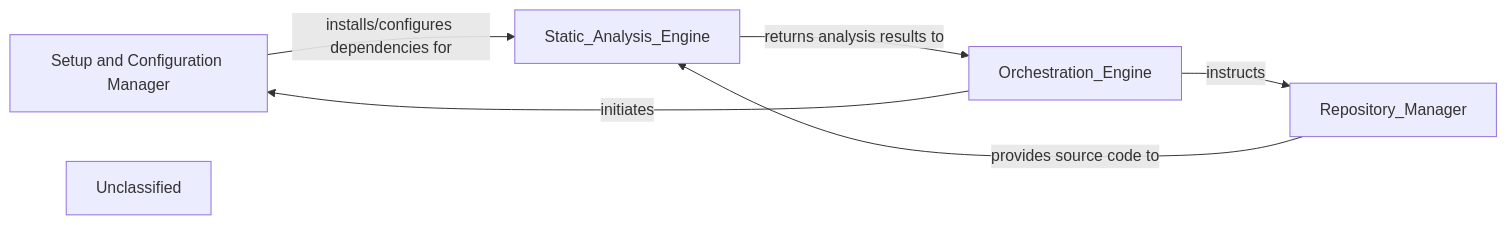
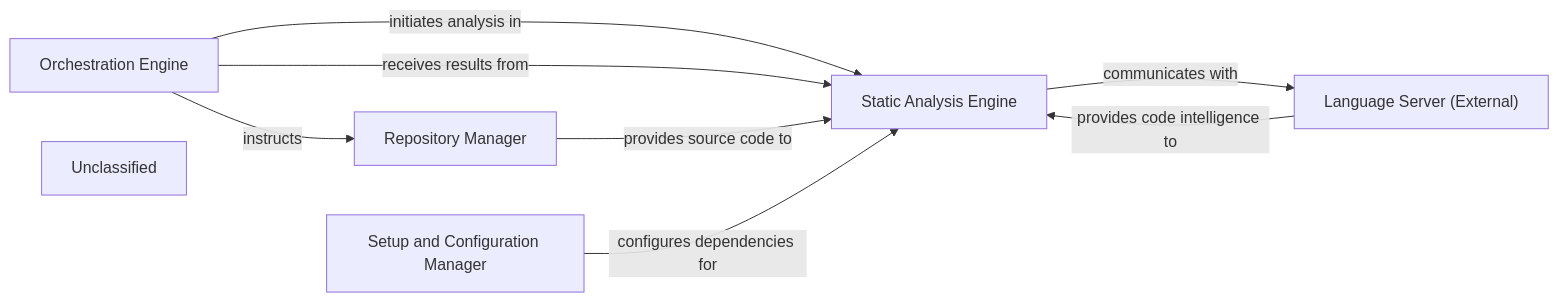
The diagram in .codeboarding/Repository_Manager.md (CodeBoarding/CodeBoarding), drawn with Mermaid before and after one commit. The commit also changed other lines of this file and 19 other files, not shown here.

First line of the commit message:
docs: update codeboarding documentation and generate architecture

````diff
--- a/.codeboarding/Repository_Manager.md
+++ b/.codeboarding/Repository_Manager.md
@@ -1,10 +1,18 @@
 ```mermaid
 graph LR
+    Orchestration_Engine["Orchestration Engine"]
+    Repository_Manager["Repository Manager"]
+    Static_Analysis_Engine["Static Analysis Engine"]
     Setup_and_Configuration_Manager["Setup and Configuration Manager"]
+    Language_Server_External_["Language Server (External)"]
     Unclassified["Unclassified"]
-    Orchestration_Engine -- "initiates" --> Setup_and_Configuration_Manager
-    Setup_and_Configuration_Manager -- "installs/configures dependencies for" --> Static_Analysis_Engine
+    Orchestration_Engine -- "initiates analysis in" --> Static_Analysis_Engine
+    Orchestration_Engine -- "receives results from" --> Static_Analysis_Engine
     Orchestration_Engine -- "instructs" --> Repository_Manager
     Repository_Manager -- "provides source code to" --> Static_Analysis_Engine
-    Static_Analysis_Engine -- "returns analysis results to" --> Orchestration_Engine
+    Static_Analysis_Engine -- "communicates with" --> Language_Server_External_
+    Language_Server_External_ -- "provides code intelligence to" --> Static_Analysis_Engine
+    Setup_and_Configuration_Manager -- "configures dependencies for" --> Static_Analysis_Engine
+    click Repository_Manager href "https://github.com/CodeBoarding/CodeBoarding/blob/main/.codeboarding/Repository_Manager.md" "Details"
+    click Static_Analysis_Engine href "https://github.com/CodeBoarding/CodeBoarding/blob/main/.codeboarding/Static_Analysis_Engine.md" "Details"
 ```
````
